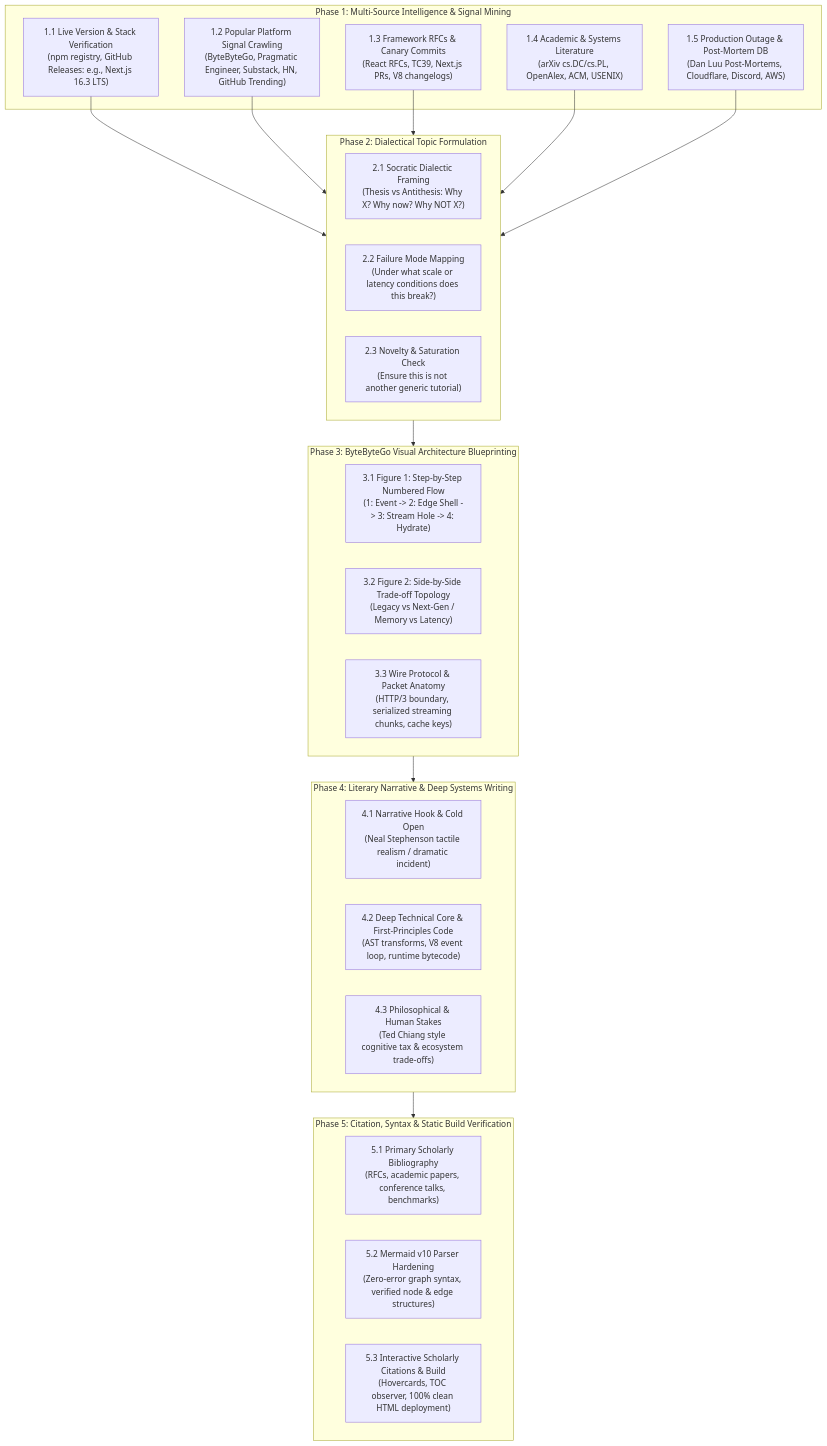
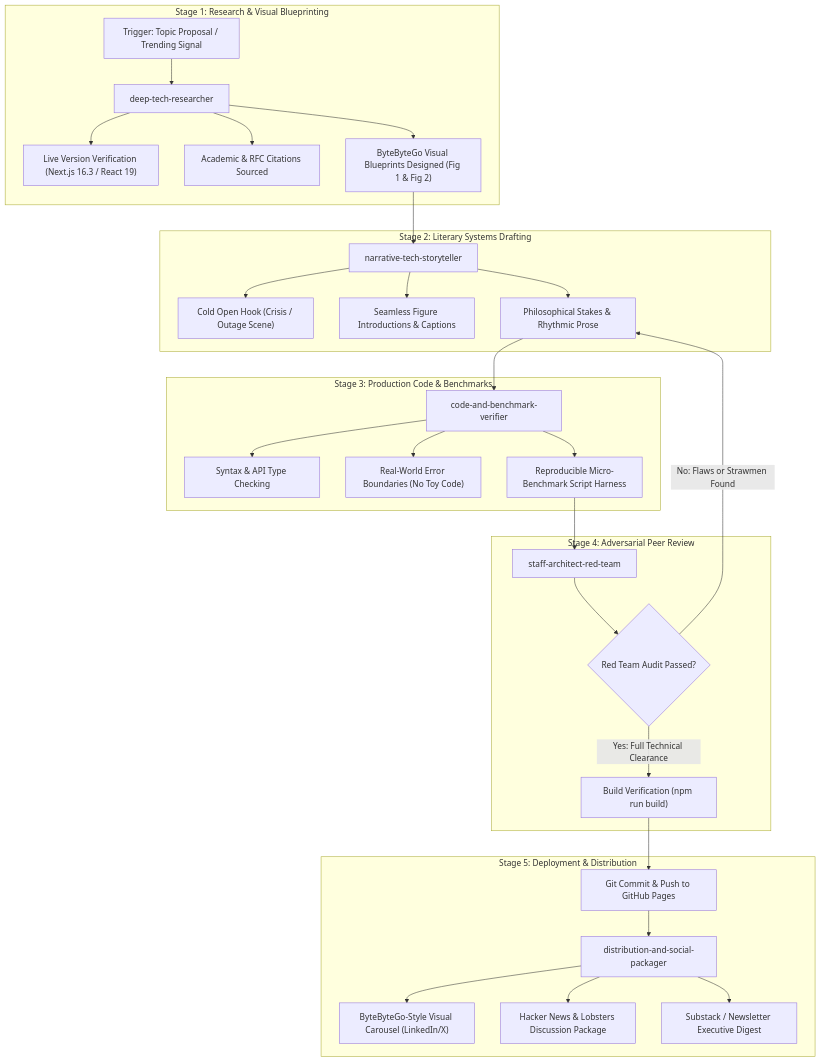
One commit to akmalkhaniub/akmalkhaniub.github.io changed the diagram in DEEP_TECH_RESEARCH_AND_VISUAL_BLOG_FRAMEWORK_2026-09-07.md. Above: the diagram before and after it, drawn with Mermaid. The commit also changed other lines of this file and 3 other files, not shown here.

````diff
--- a/DEEP_TECH_RESEARCH_AND_VISUAL_BLOG_FRAMEWORK_2026-09-07.md
+++ b/DEEP_TECH_RESEARCH_AND_VISUAL_BLOG_FRAMEWORK_2026-09-07.md
@@ -39,44 +66,38 @@
 ```mermaid
-graph TD
-  subgraph Phase1_Intelligence ["Phase 1: Multi-Source Intelligence & Signal Mining"]
-    P1_1["1.1 Live Version & Stack Verification<br/>(npm registry, GitHub Releases: e.g., Next.js 16.3 LTS)"]
-    P1_2["1.2 Popular Platform Signal Crawling<br/>(ByteByteGo, Pragmatic Engineer, Substack, HN, GitHub Trending)"]
-    P1_3["1.3 Framework RFCs & Canary Commits<br/>(React RFCs, TC39, Next.js PRs, V8 changelogs)"]
-    P1_4["1.4 Academic & Systems Literature<br/>(arXiv cs.DC/cs.PL, OpenAlex, ACM, USENIX)"]
-    P1_5["1.5 Production Outage & Post-Mortem DB<br/>(Dan Luu Post-Mortems, Cloudflare, Discord, AWS)"]
+flowchart TD
+  subgraph Stage1_Intelligence ["Stage 1: Research & Visual Blueprinting"]
+    A1["Trigger: Topic Proposal / Trending Signal"] --> B1["deep-tech-researcher"]
+    B1 --> C1["Live Version Verification (Next.js 16.3 / React 19)"]
+    B1 --> D1["Academic & RFC Citations Sourced"]
+    B1 --> E1["ByteByteGo Visual Blueprints Designed (Fig 1 & Fig 2)"]
   end
 
-  subgraph Phase2_Ideation ["Phase 2: Dialectical Topic Formulation"]
-    P2_1["2.1 Socratic Dialectic Framing<br/>(Thesis vs Antithesis: Why X? Why now? Why NOT X?)"]
-    P2_2["2.2 Failure Mode Mapping<br/>(Under what scale or latency conditions does this break?)"]
-    P2_3["2.3 Novelty & Saturation Check<br/>(Ensure this is not another generic tutorial)"]
+  subgraph Stage2_Drafting ["Stage 2: Literary Systems Drafting"]
+    E1 --> A2["narrative-tech-storyteller"]
+    A2 --> B2["Cold Open Hook (Crisis / Outage Scene)"]
+    A2 --> C2["Seamless Figure Introductions & Captions"]
+    A2 --> D2["Philosophical Stakes & Rhythmic Prose"]
   end
 
-  subgraph Phase3_VisualBlueprint ["Phase 3: ByteByteGo Visual Architecture Blueprinting"]
-    P3_1["3.1 Figure 1: Step-by-Step Numbered Flow<br/>(1: Event -> 2: Edge Shell -> 3: Stream Hole -> 4: Hydrate)"]
-    P3_2["3.2 Figure 2: Side-by-Side Trade-off Topology<br/>(Legacy vs Next-Gen / Memory vs Latency)"]
-    P3_3["3.3 Wire Protocol & Packet Anatomy<br/>(HTTP/3 boundary, serialized streaming chunks, cache keys)"]
+  subgraph Stage3_CodeVerification ["Stage 3: Production Code & Benchmarks"]
+    D2 --> A3["code-and-benchmark-verifier"]
+    A3 --> B3["Syntax & API Type Checking"]
+    A3 --> C3["Real-World Error Boundaries (No Toy Code)"]
+    A3 --> D3["Reproducible Micro-Benchmark Script Harness"]
   end
 
-  subgraph Phase4_NarrativeDrafting ["Phase 4: Literary Narrative & Deep Systems Writing"]
-    P4_1["4.1 Narrative Hook & Cold Open<br/>(Neal Stephenson tactile realism / dramatic incident)"]
-    P4_2["4.2 Deep Technical Core & First-Principles Code<br/>(AST transforms, V8 event loop, runtime bytecode)"]
-    P4_3["4.3 Philosophical & Human Stakes<br/>(Ted Chiang style cognitive tax & ecosystem trade-offs)"]
+  subgraph Stage4_RedTeam ["Stage 4: Adversarial Peer Review"]
+    D3 --> A4["staff-architect-red-team"]
+    A4 --> B4{"Red Team Audit Passed?"}
+    B4 -->|No: Flaws or Strawmen Found| D2
+    B4 -->|Yes: Full Technical Clearance| C4["Build Verification (npm run build)"]
   end
 
-  subgraph Phase5_Verification ["Phase 5: Citation, Syntax & Static Build Verification"]
-    P5_1["5.1 Primary Scholarly Bibliography<br/>(RFCs, academic papers, conference talks, benchmarks)"]
-    P5_2["5.2 Mermaid v10 Parser Hardening<br/>(Zero-error graph syntax, verified node & edge structures)"]
-    P5_3["5.3 Interactive Scholarly Citations & Build<br/>(Hovercards, TOC observer, 100% clean HTML deployment)"]
+  subgraph Stage5_Syndication ["Stage 5: Deployment & Distribution"]
+    C4 --> A5["Git Commit & Push to GitHub Pages"]
+    A5 --> B5["distribution-and-social-packager"]
+    B5 --> C5["ByteByteGo-Style Visual Carousel (LinkedIn/X)"]
+    B5 --> D5["Hacker News & Lobsters Discussion Package"]
+    B5 --> E5["Substack / Newsletter Executive Digest"]
   end
-
-  P1_1 --> Phase2_Ideation
-  P1_2 --> Phase2_Ideation
-  P1_3 --> Phase2_Ideation
-  P1_4 --> Phase2_Ideation
-  P1_5 --> Phase2_Ideation
-
-  Phase2_Ideation --> Phase3_VisualBlueprint
-  Phase3_VisualBlueprint --> Phase4_NarrativeDrafting
-  Phase4_NarrativeDrafting --> Phase5_Verification
 ```
````
